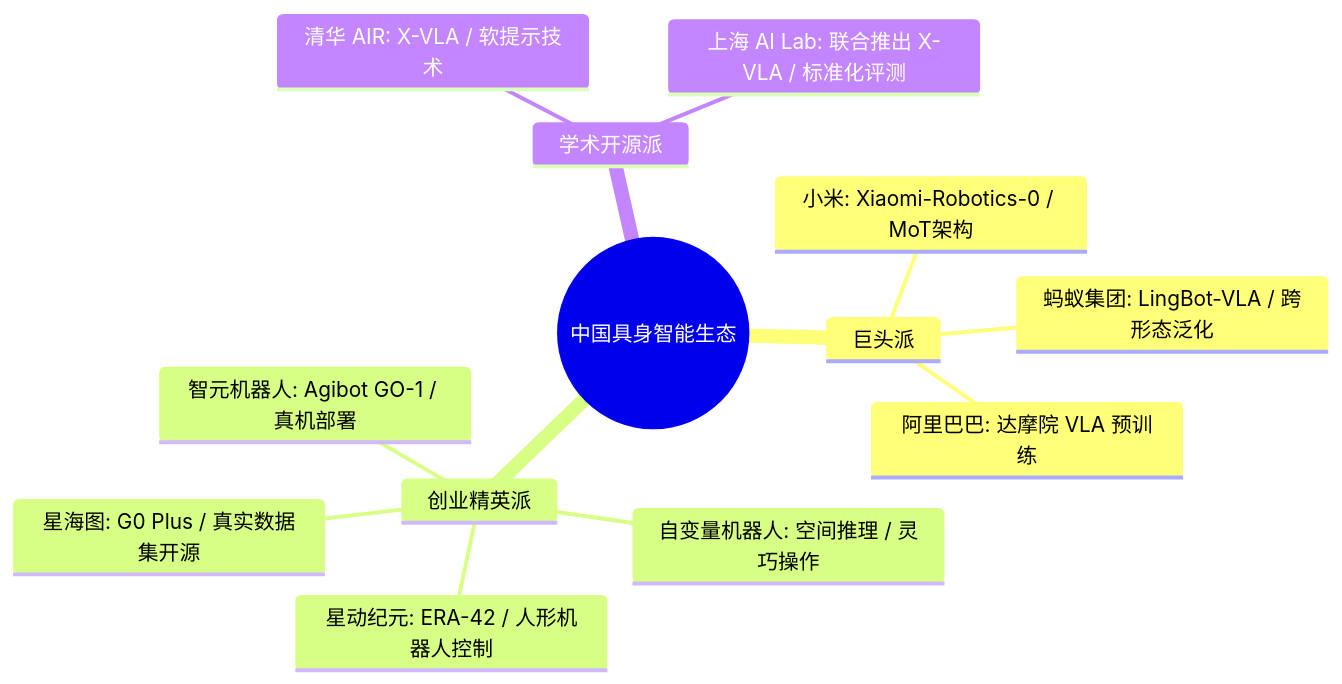
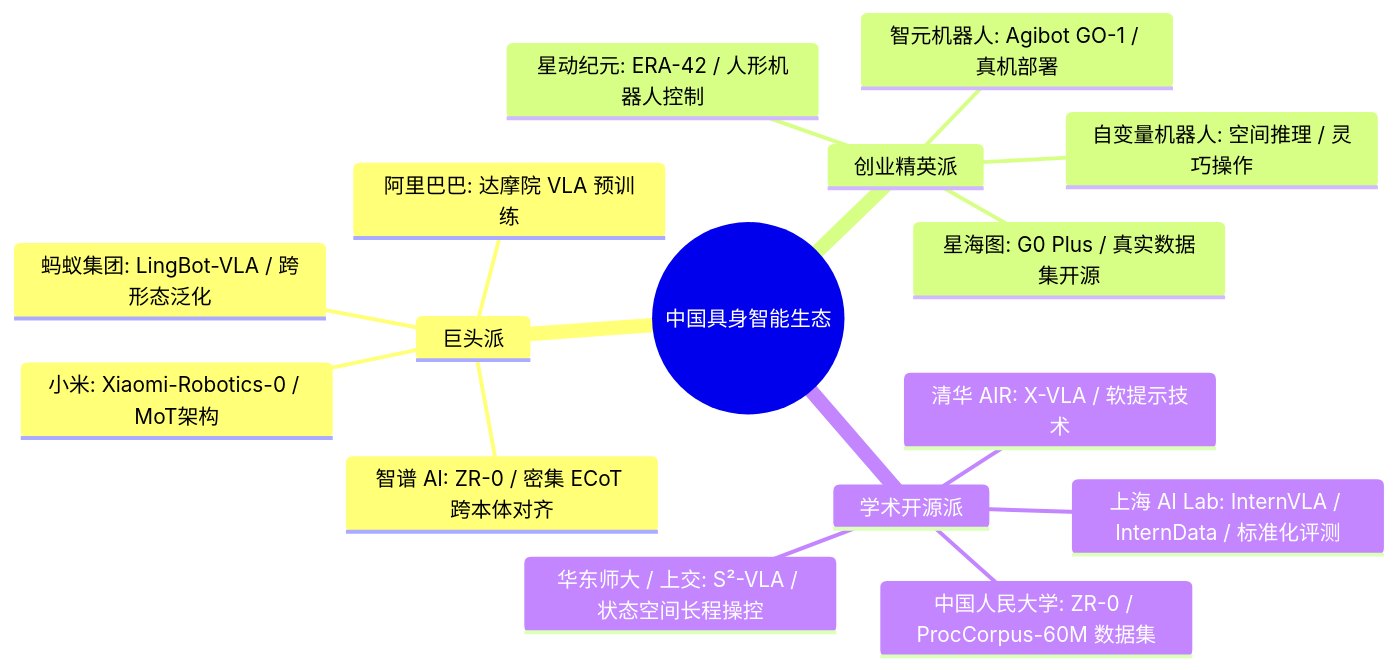
The eighth of 17 diagrams in _posts/research/2026-01-24-VLA-Survey.md (TingdeLiu/tingdeliu.github.io), drawn with Mermaid before and after one commit. The commit also changed other lines of this file, not shown here.

Commit message:
docs(vla): update model summary table, timeline, datasets, and references for 2026 paradigms

````diff
--- a/_posts/research/2026-01-24-VLA-Survey.md
+++ b/_posts/research/2026-01-24-VLA-Survey.md
@@ -368,16 +377,19 @@
 ```mermaid
 mindmap
     root((中国具身智能生态))
         巨头派
             小米: Xiaomi-Robotics-0 / MoT架构
             蚂蚁集团: LingBot-VLA / 跨形态泛化
             阿里巴巴: 达摩院 VLA 预训练
+            智谱 AI: ZR-0 / 密集 ECoT 跨本体对齐
         创业精英派
             智元机器人: Agibot GO-1 / 真机部署
             自变量机器人: 空间推理 / 灵巧操作
             星海图: G0 Plus / 真实数据集开源
             星动纪元: ERA-42 / 人形机器人控制
         学术开源派
             清华 AIR: X-VLA / 软提示技术
-            上海 AI Lab: 联合推出 X-VLA / 标准化评测
+            上海 AI Lab: InternVLA / InternData / 标准化评测
+            中国人民大学: ZR-0 / ProcCorpus-60M 数据集
+            华东师大 / 上交: S²-VLA / 状态空间长程操控
 ```
````
